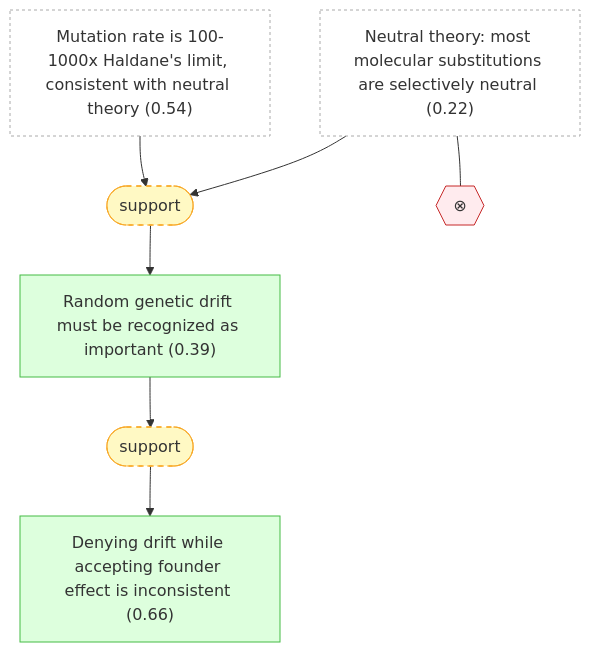
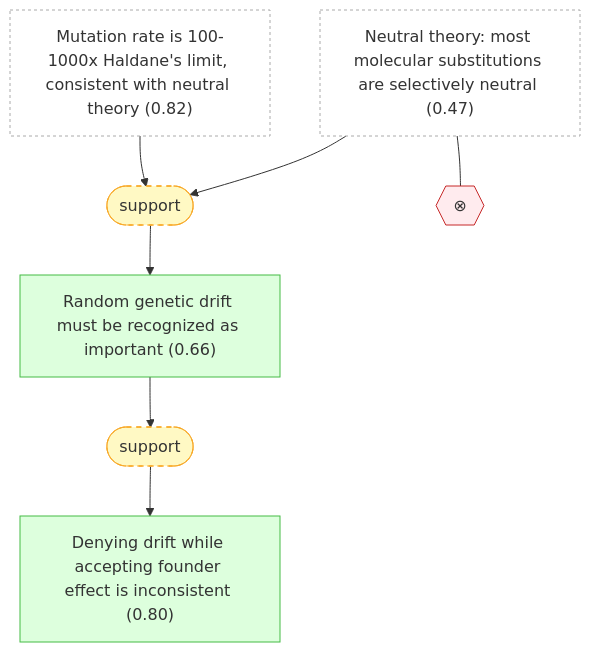
The fifth of 5 diagrams in docs/detailed-reasoning.md (kunyuan/kimura-neutral-theory-gaia), drawn with Mermaid before and after one commit. The commit also changed other lines of this file and 41 other files, not shown here.

````diff
--- a/docs/detailed-reasoning.md
+++ b/docs/detailed-reasoning.md
@@ -533,26 +489,26 @@
 ```mermaid
 graph TD
-    neutral_theory_hypothesis["Neutral theory: most molecular substitutions are selectively neutral (0.22)"]:::external
-    neutral_rate_consistency["Mutation rate is 100-1000x Haldane's limit, consistent with neutral theory (0.54)"]:::external
-    genetic_drift_importance["Random genetic drift must be recognized as important (0.39)"]:::derived
-    founder_principle_inadequate["Denying drift while accepting founder effect is inconsistent (0.66)"]:::derived
-    strat_19(["support"]):::weak
-    neutral_theory_hypothesis --> strat_19
-    neutral_rate_consistency --> strat_19
-    strat_19 --> genetic_drift_importance
-    strat_20(["support"]):::weak
-    genetic_drift_importance --> strat_20
-    strat_20 --> founder_principle_inadequate
+    neutral_theory_hypothesis["Neutral theory: most molecular substitutions are selectively neutral (0.47)"]:::external
+    neutral_rate_consistency["Mutation rate is 100-1000x Haldane's limit, consistent with neutral theory (0.82)"]:::external
+    genetic_drift_importance["Random genetic drift must be recognized as important (0.66)"]:::derived
+    founder_principle_inadequate["Denying drift while accepting founder effect is inconsistent (0.80)"]:::derived
+    strat_17(["support"]):::weak
+    neutral_theory_hypothesis --> strat_17
+    neutral_rate_consistency --> strat_17
+    strat_17 --> genetic_drift_importance
+    strat_18(["support"]):::weak
+    genetic_drift_importance --> strat_18
+    strat_18 --> founder_principle_inadequate
     oper_0{{"⊗"}}:::contra
     neutral_theory_hypothesis --- oper_0
 
     classDef setting fill:#f0f0f0,stroke:#999,color:#333
     classDef premise fill:#ddeeff,stroke:#4488bb,color:#333
     classDef derived fill:#ddffdd,stroke:#44bb44,color:#333
     classDef question fill:#fff3dd,stroke:#cc9944,color:#333
     classDef background fill:#f5f5f5,stroke:#bbb,stroke-dasharray: 5 5,color:#333
     classDef orphan fill:#fff,stroke:#ccc,stroke-dasharray: 5 5,color:#333
     classDef external fill:#fff,stroke:#aaa,stroke-dasharray: 3 3,color:#333
     classDef weak fill:#fff9c4,stroke:#f9a825,stroke-dasharray: 5 5,color:#333
     classDef contra fill:#ffebee,stroke:#c62828,color:#333
 ```
````
